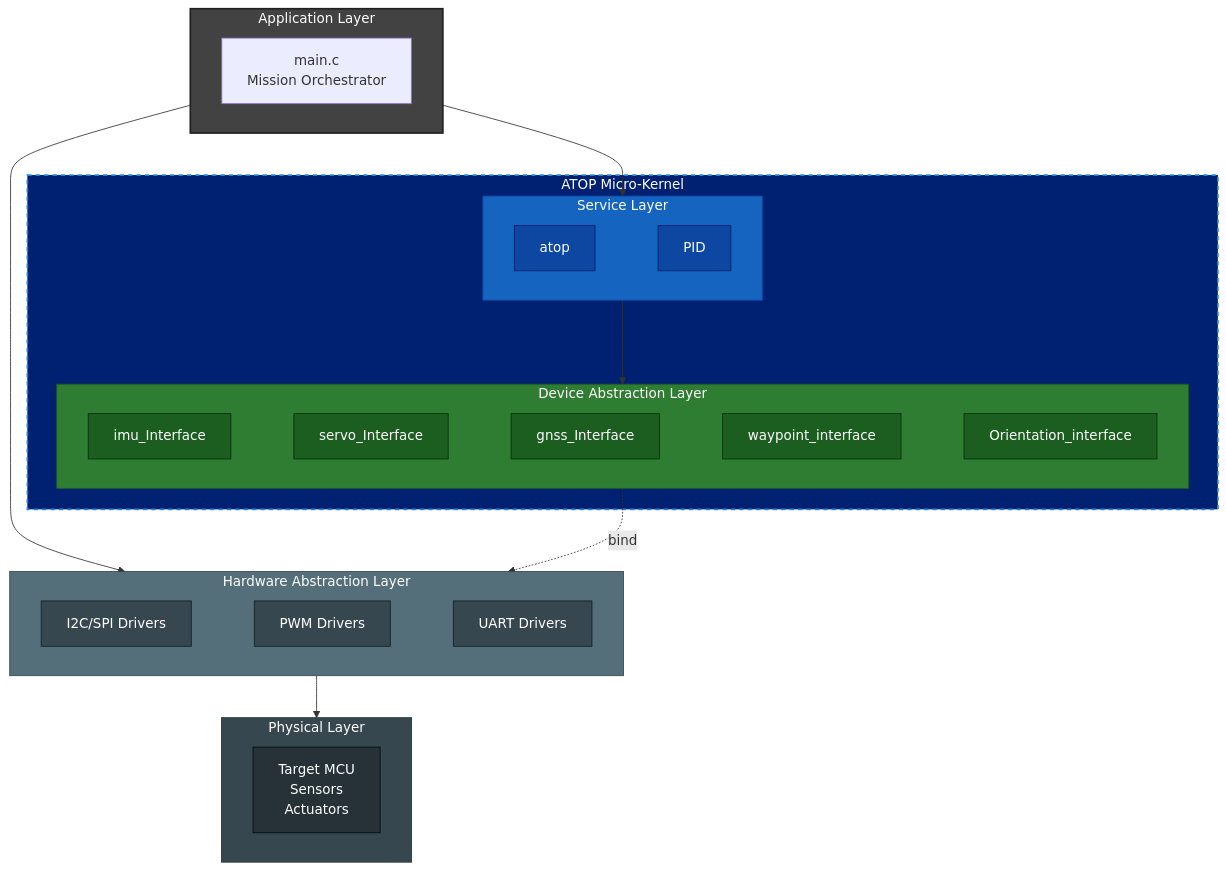
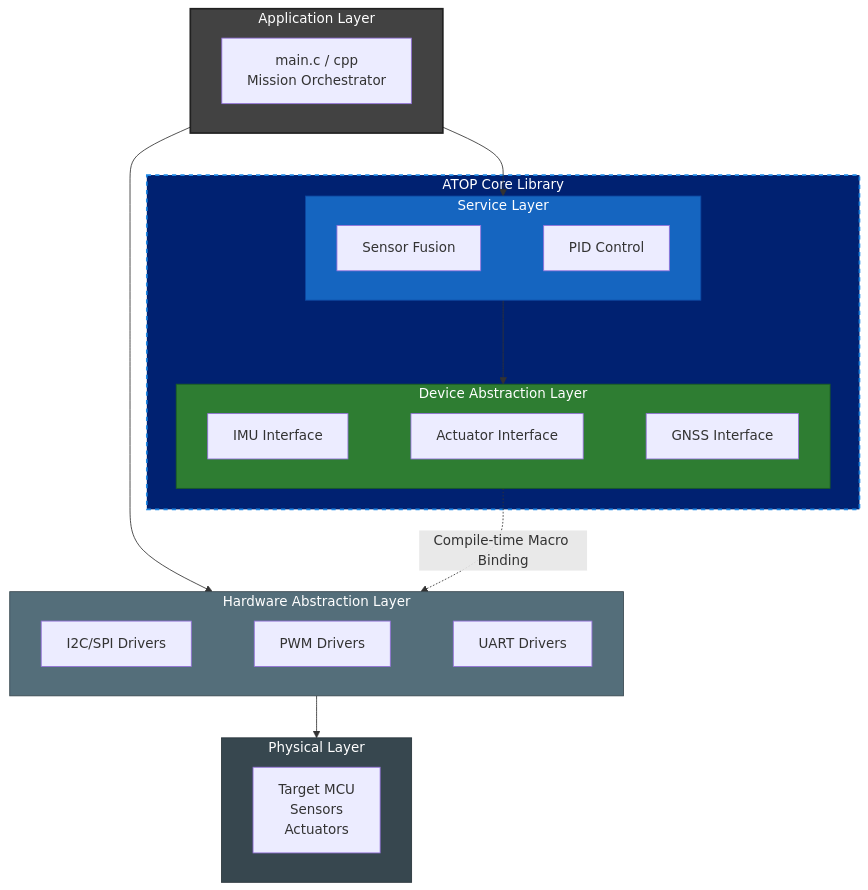
One commit to AritzElge/ATOP changed the first of 2 diagrams in README.md. Above: the diagram before and after it, drawn with Mermaid. The commit also changed other lines of this file and 1 other file, not shown here.

Commit message:
docs(README_and_CONTRIBUTING): Updated main readme and contributing files

````diff
--- a/README.md
+++ b/README.md
@@ -44,68 +43,41 @@
 ```mermaid
 graph TD
     subgraph Application_Layer [Application Layer]
-        A[main.c <br/> Mission Orchestrator]
+        A[main.c / cpp <br/> Mission Orchestrator]
     end
 
-    subgraph ATOP_microKernel [ATOP Micro-Kernel]
+    subgraph ATOP_Library [ATOP Core Library]
         subgraph Service_Layer [Service Layer]
             direction LR
-            B1[atop] ~~~ B2[PID]
+            B1[Sensor Fusion] ~~~ B2[PID Control]
         end
         subgraph Device_Abstraction_Layer [Device Abstraction Layer]
             direction LR
-            C1[imu_Interface] ~~~ C2[servo_Interface] ~~~ C3[gnss_Interface] ~~~ C4[waypoint_interface] ~~~ C5[Orientation_interface] 
+            C1[IMU Interface] ~~~ C2[Actuator Interface] ~~~ C3[GNSS Interface]
         end
     end
 
     subgraph HAL_Layer [Hardware Abstraction Layer]
         direction LR
         D1[I2C/SPI Drivers] ~~~ D2[PWM Drivers] ~~~ D3[UART Drivers]
     end
 
     subgraph Physical_Layer [Physical Layer]
         E[Target MCU <br/> Sensors <br/> Actuators]
     end
 
-    %% --- LOGICAL CONNECTIONS (Node-to-Node) ---
+    %% --- CONNECTIONS ---
+    Application_Layer --> Service_Layer
+    Service_Layer ---> Device_Abstraction_Layer
+    Application_Layer --> HAL_Layer
+    HAL_Layer --> Physical_Layer
+    Device_Abstraction_Layer -. "Compile-time Macro Binding" .-> HAL_Layer
 
-    %% Mission Flow: App uses Library Services
-    Application_Layer --> Service_Layer
-    
-    %% Internal Coupling: Services use Abstraction Interfaces
-    Service_Layer ---> Device_Abstraction_Layer
-    
-    %% Hardware Configuration: App initializes Drivers
-    Application_Layer --> HAL_Layer
-    
-    %% Silicon Execution: Drivers interact with MCU
-    HAL_Layer --> Physical_Layer
-
-    %% Interface Binding: User links Interfaces with real HAL Drivers
-    Device_Abstraction_Layer -. "bind" .-> HAL_Layer
-
-    %% Services (Deep Blue)
-    style B1 fill:#0D47A1,stroke:#002171,color:#fff
-    style B2 fill:#0D47A1,stroke:#002171,color:#fff
-
-    %% Interf. (Deep Green)
-    style C1 fill:#1B5E20,stroke:#003308,color:#fff
-    style C2 fill:#1B5E20,stroke:#003308,color:#fff
-    style C3 fill:#1B5E20,stroke:#003308,color:#fff
-    style C4 fill:#1B5E20,stroke:#003308,color:#fff
-    style C5 fill:#1B5E20,stroke:#003308,color:#fff
-
-    %% Hardware/HAL: Steel Grey
-    style D1 fill:#37474F,stroke:#102027,color:#fff
-    style D2 fill:#37474F,stroke:#102027,color:#fff
-    style D3 fill:#37474F,stroke:#102027,color:#fff
-    style E fill:#263238,stroke:#000a12,color:#fff
-
-    %% --- LAYER STYLES ---
+    %% Styles
     style Application_Layer fill:#424242,stroke:#212121,stroke-width:2px,color:#fff
-    style ATOP_microKernel fill:#002171,stroke:#1E88E5,stroke-width:2px,stroke-dasharray: 5 5,color:#fff
+    style ATOP_Library fill:#002171,stroke:#1E88E5,stroke-width:2px,stroke-dasharray: 5 5,color:#fff
     style Service_Layer fill:#1565C0,stroke:#0D47A1,stroke-width:1px,color:#fff
     style Device_Abstraction_Layer fill:#2E7D32,stroke:#1B5E20,stroke-width:1px,color:#fff
     style HAL_Layer fill:#546E7A,stroke:#37474F,stroke-width:1px,color:#fff
     style Physical_Layer fill:#37474F,stroke:#263238,stroke-width:1px,color:#fff
 ```
````
